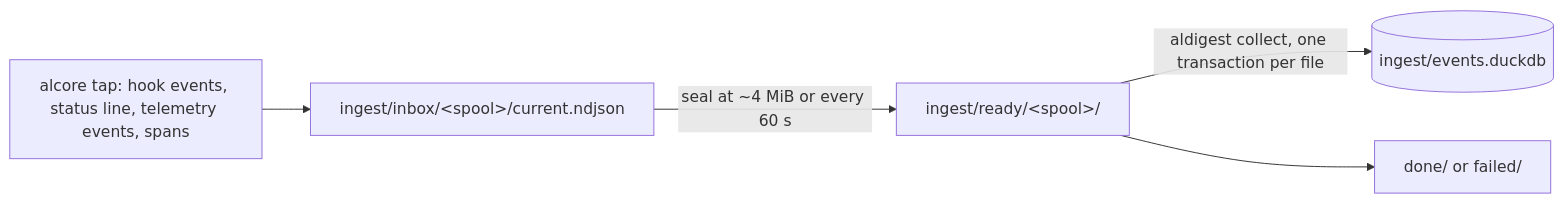
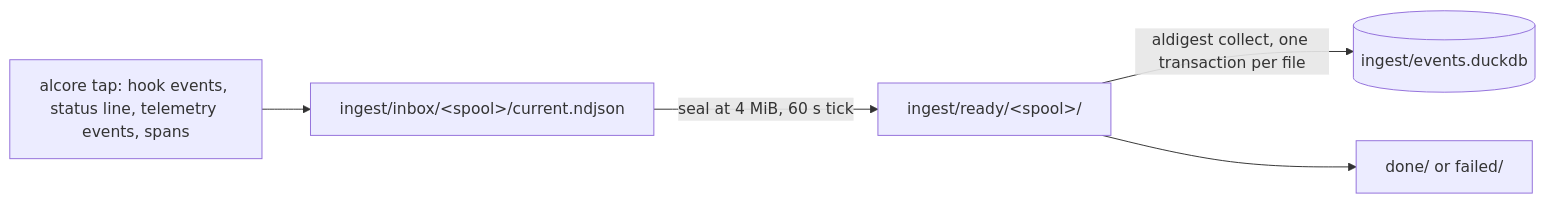
The sixth of 19 diagrams in ARCHITECTURE.md (Emasoft/AgentlensPro), drawn with Mermaid before and after one commit. The commit also changed other lines of this file and 2 other files, not shown here.

First line of the commit message:
docs: correct the digest ingest section and record the switch-on procedure (TRDD-LHCHVK9Z)

````diff
--- a/ARCHITECTURE.md
+++ b/ARCHITECTURE.md
@@ -508,7 +508,7 @@
 ```mermaid
 flowchart LR
     P[alcore tap: hook events, status line, telemetry events, spans] --> I["ingest/inbox/&lt;spool&gt;/current.ndjson"]
-    I -- "seal at ~4 MiB or every 60 s" --> R["ingest/ready/&lt;spool&gt;/"]
+    I -- "seal at 4 MiB, 60 s tick" --> R["ingest/ready/&lt;spool&gt;/"]
     R -- "aldigest collect, one transaction per file" --> D[("ingest/events.duckdb")]
     R --> DONE[done/ or failed/]
 ```
````
